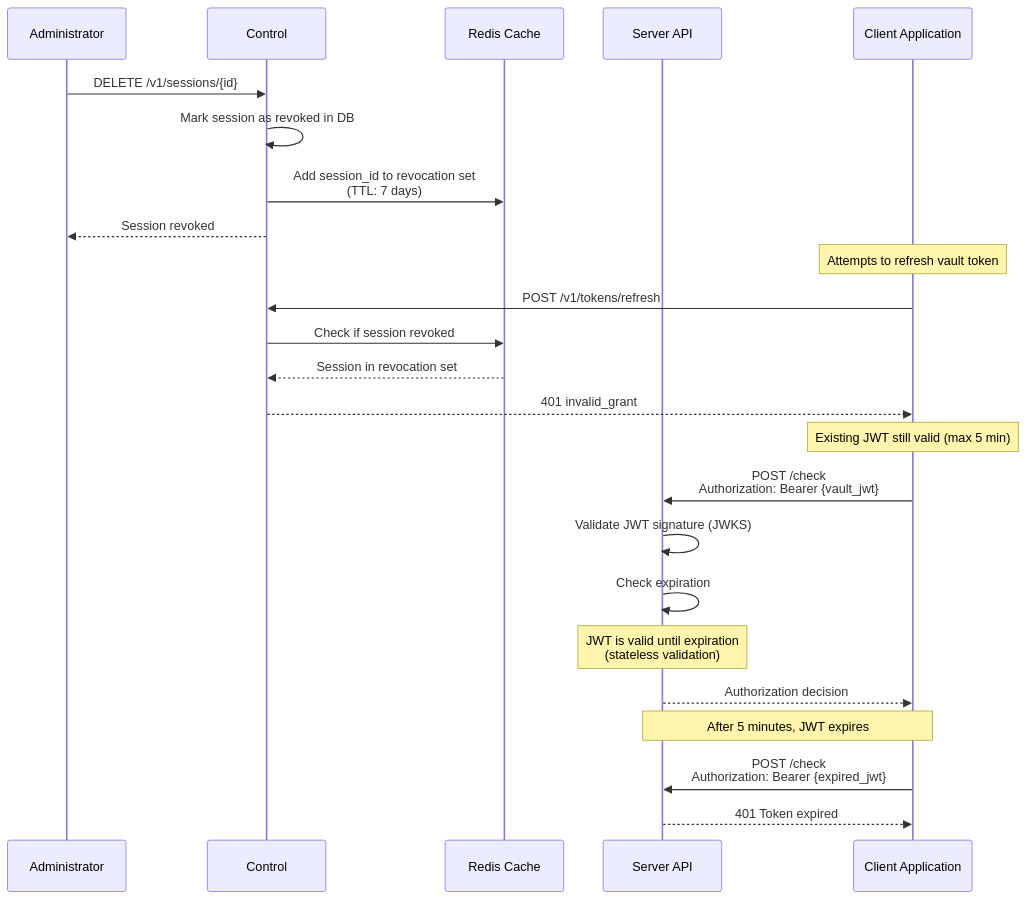
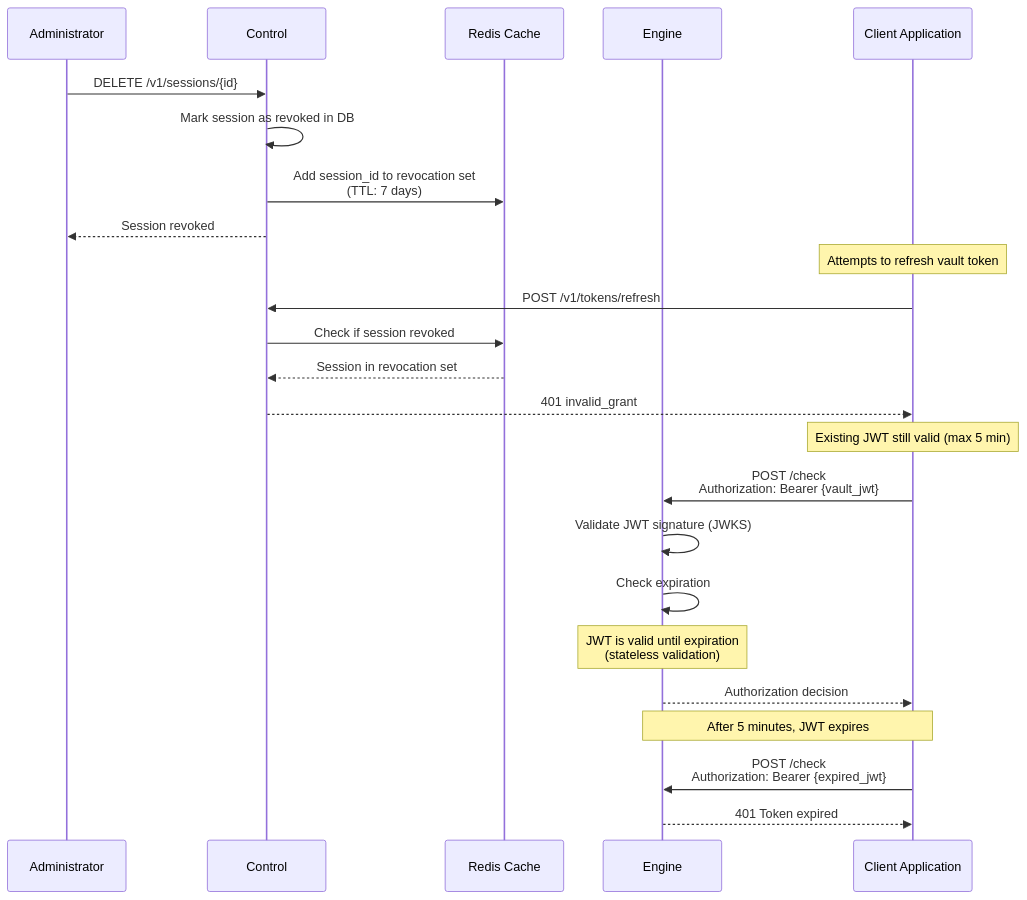
Before and after one commit to inferadb/management: the seventh of 8 diagrams in docs/authentication.md, drawn with Mermaid. The commit also changed other lines of this file and 28 other files, not shown here.

````diff
--- a/docs/authentication.md
+++ b/docs/authentication.md
@@ -1070,33 +1076,33 @@
 ```mermaid
 sequenceDiagram
     participant Admin as Administrator
     participant MgmtAPI as Control
     participant Redis as Redis Cache
-    participant ServerAPI as Server API
+    participant ServerAPI as Engine
     participant Client as Client Application
 
     Admin->>MgmtAPI: DELETE /v1/sessions/{id}
     MgmtAPI->>MgmtAPI: Mark session as revoked in DB
     MgmtAPI->>Redis: Add session_id to revocation set<br/>(TTL: 7 days)
     MgmtAPI-->>Admin: Session revoked
 
     Note over Client: Attempts to refresh vault token
 
     Client->>MgmtAPI: POST /v1/tokens/refresh
     MgmtAPI->>Redis: Check if session revoked
     Redis-->>MgmtAPI: Session in revocation set
     MgmtAPI-->>Client: 401 invalid_grant
 
     Note over Client: Existing JWT still valid (max 5 min)
 
     Client->>ServerAPI: POST /check<br/>Authorization: Bearer {vault_jwt}
     ServerAPI->>ServerAPI: Validate JWT signature (JWKS)
     ServerAPI->>ServerAPI: Check expiration
     Note over ServerAPI: JWT is valid until expiration<br/>(stateless validation)
     ServerAPI-->>Client: Authorization decision
 
     Note over Client,ServerAPI: After 5 minutes, JWT expires
 
     Client->>ServerAPI: POST /check<br/>Authorization: Bearer {expired_jwt}
     ServerAPI-->>Client: 401 Token expired
 ```
````
